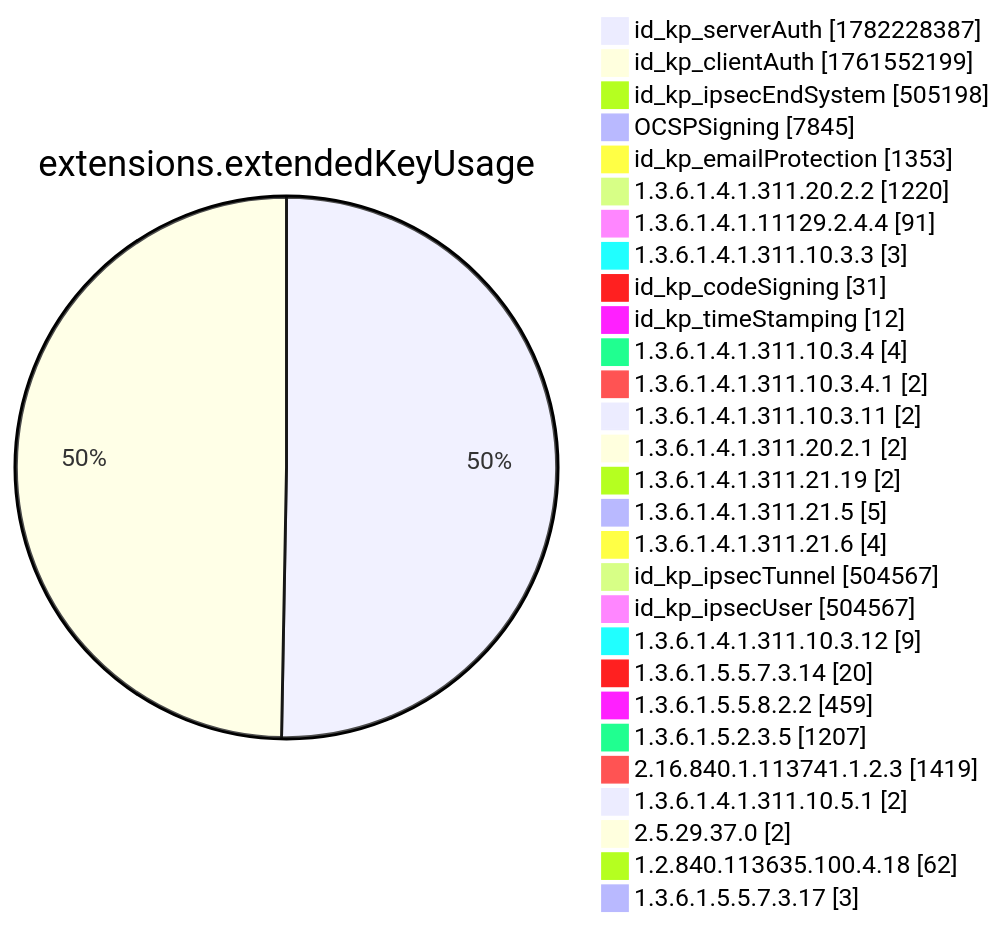
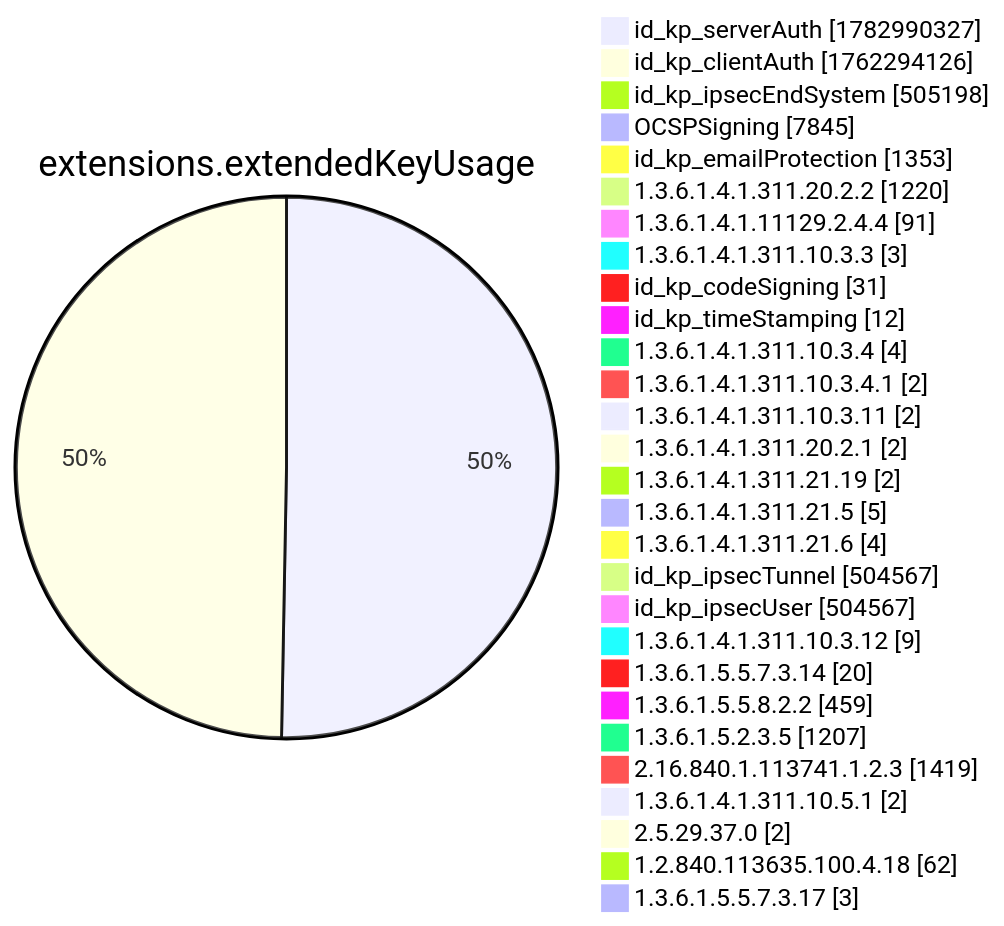
Diagram 12 of 15 in xenon2022/README.md (christiankrug/ctmonitor_visualization), drawn with Mermaid before and after one commit. The commit also changed other lines of this file, not shown here.

````diff
--- a/xenon2022/README.md
+++ b/xenon2022/README.md
@@ -3894,32 +3894,32 @@
 ```mermaid
 pie showData
 title extensions.extendedKeyUsage
-"id_kp_serverAuth" :1782228387
-"id_kp_clientAuth" :1761552199
+"id_kp_serverAuth" :1782990327
+"id_kp_clientAuth" :1762294126
 "id_kp_ipsecEndSystem" :505198
 "OCSPSigning" :7845
 "id_kp_emailProtection" :1353
 "1.3.6.1.4.1.311.20.2.2" :1220
 "1.3.6.1.4.1.11129.2.4.4" :91
 "1.3.6.1.4.1.311.10.3.3" :3
 "id_kp_codeSigning" :31
 "id_kp_timeStamping" :12
 "1.3.6.1.4.1.311.10.3.4" :4
 "1.3.6.1.4.1.311.10.3.4.1" :2
 "1.3.6.1.4.1.311.10.3.11" :2
 "1.3.6.1.4.1.311.20.2.1" :2
 "1.3.6.1.4.1.311.21.19" :2
 "1.3.6.1.4.1.311.21.5" :5
 "1.3.6.1.4.1.311.21.6" :4
 "id_kp_ipsecTunnel" :504567
 "id_kp_ipsecUser" :504567
 "1.3.6.1.4.1.311.10.3.12" :9
 "1.3.6.1.5.5.7.3.14" :20
 "1.3.6.1.5.5.8.2.2" :459
 "1.3.6.1.5.2.3.5" :1207
 "2.16.840.1.113741.1.2.3" :1419
 "1.3.6.1.4.1.311.10.5.1" :2
 "2.5.29.37.0" :2
 "1.2.840.113635.100.4.18" :62
 "1.3.6.1.5.5.7.3.17" :3
 ```
````
